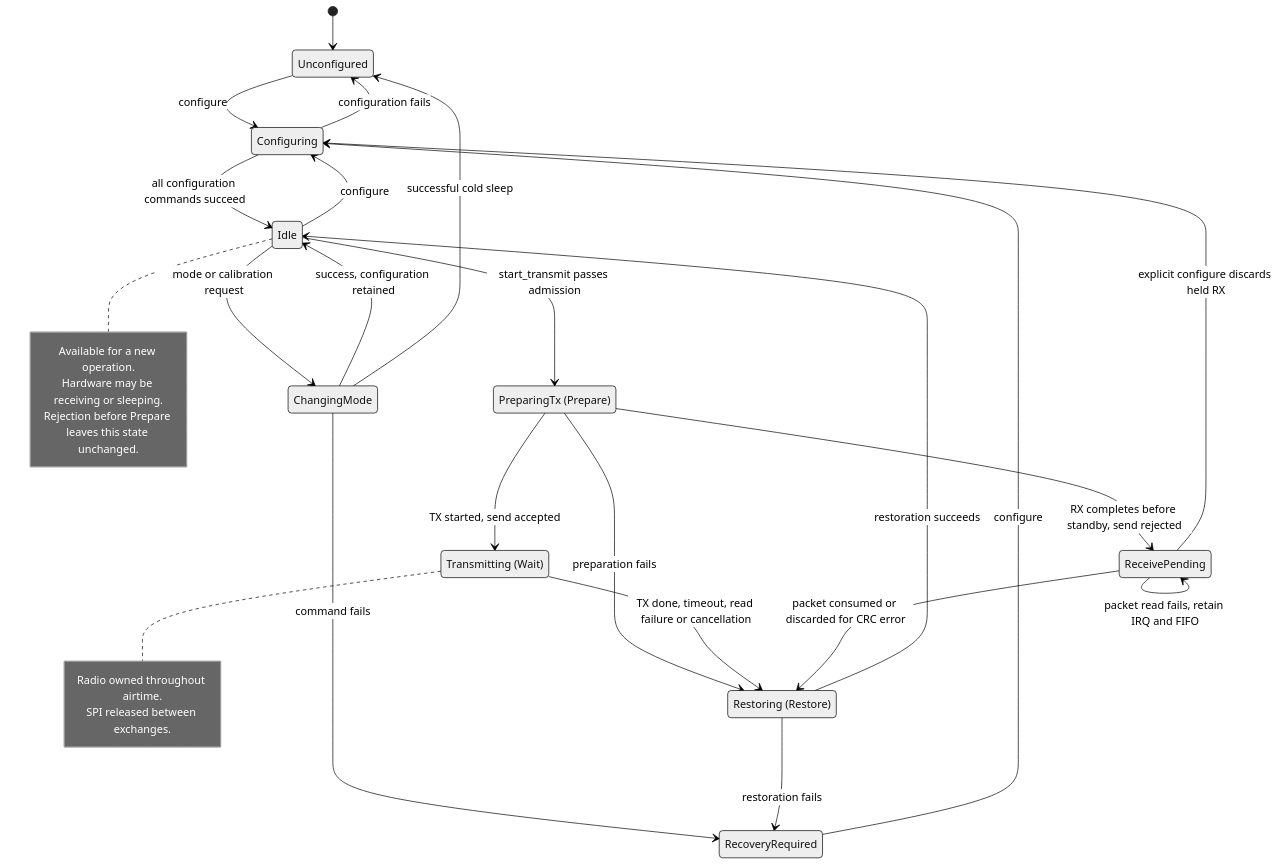
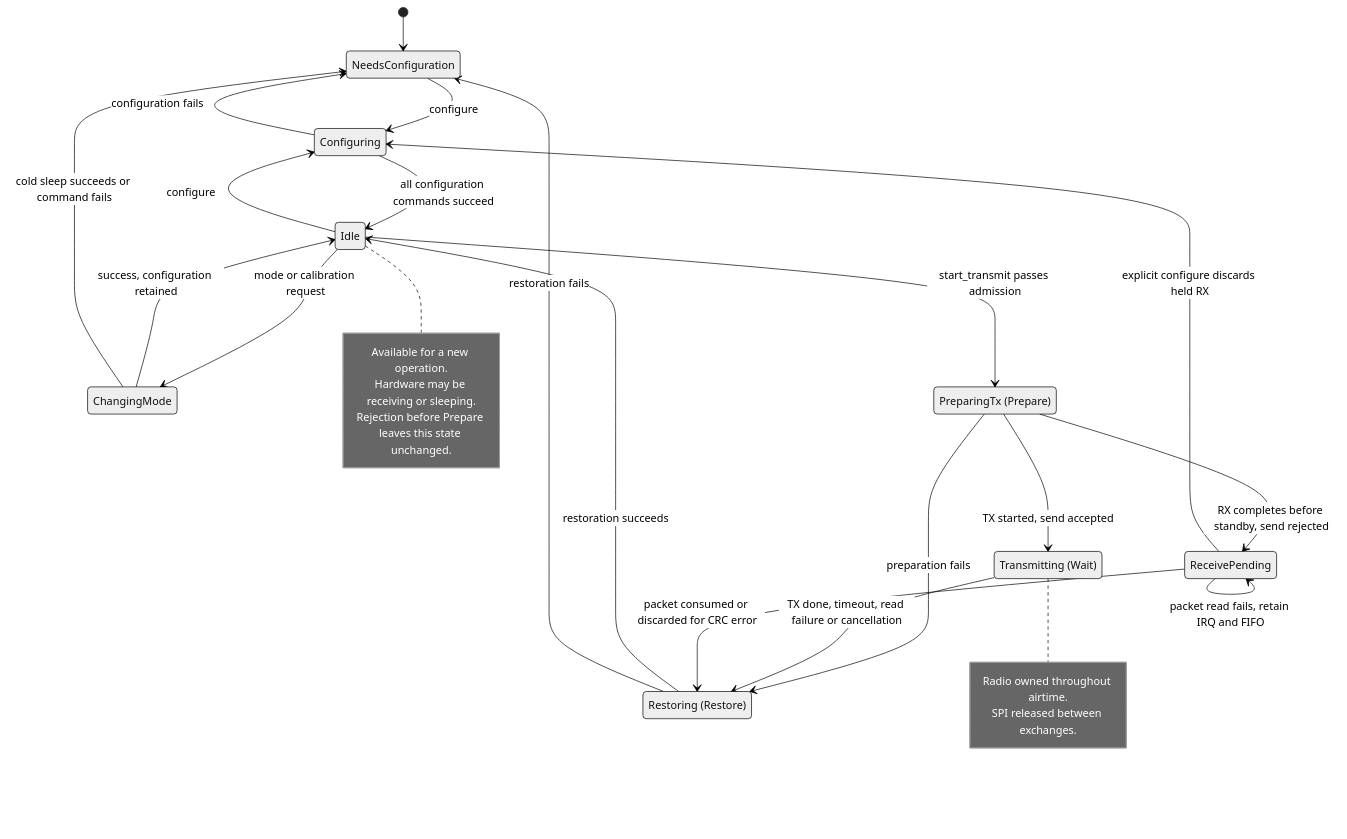
One commit to esphome/esphome changed the second of 2 diagrams in esphome/components/sx126x/implementation.md. Above: the diagram before and after it, drawn with Mermaid (neutral theme). The commit also changed other lines of this file and 2 other files, not shown here.

Commit message:
[sx126x] Unify states requiring configuration

````diff
--- a/esphome/components/sx126x/implementation.md
+++ b/esphome/components/sx126x/implementation.md
@@ -240,38 +240,36 @@
 ```mermaid
 stateDiagram-v2
-    [*] --> Unconfigured
-    Unconfigured --> Configuring: configure
+    [*] --> NeedsConfiguration
+    NeedsConfiguration --> Configuring: configure
     Idle --> Configuring: configure
-    RecoveryRequired --> Configuring: configure
     ReceivePending --> Configuring: explicit configure discards held RX
     Configuring --> Idle: all configuration commands succeed
-    Configuring --> Unconfigured: configuration fails
+    Configuring --> NeedsConfiguration: configuration fails
 
     Idle --> ChangingMode: mode or calibration request
     ChangingMode --> Idle: success, configuration retained
-    ChangingMode --> Unconfigured: successful cold sleep
-    ChangingMode --> RecoveryRequired: command fails
+    ChangingMode --> NeedsConfiguration: cold sleep succeeds or command fails
 
     state "PreparingTx (Prepare)" as PreparingTx
     state "Transmitting (Wait)" as Transmitting
     state "Restoring (Restore)" as Restoring
     Idle --> PreparingTx: start_transmit passes admission
     PreparingTx --> Transmitting: TX started, send accepted
     PreparingTx --> Restoring: preparation fails
     PreparingTx --> ReceivePending: RX completes before standby, send rejected
     Transmitting --> Restoring: TX done, timeout, read failure or cancellation
     ReceivePending --> ReceivePending: packet read fails, retain IRQ and FIFO
     ReceivePending --> Restoring: packet consumed or discarded for CRC error
     Restoring --> Idle: restoration succeeds
-    Restoring --> RecoveryRequired: restoration fails
+    Restoring --> NeedsConfiguration: restoration fails
 
     note right of Idle
         Available for a new operation.
         Hardware may be receiving or sleeping.
         Rejection before Prepare leaves this state unchanged.
     end note
     note right of Transmitting
         Radio owned throughout airtime.
         SPI released between exchanges.
     end note
 ```
````
